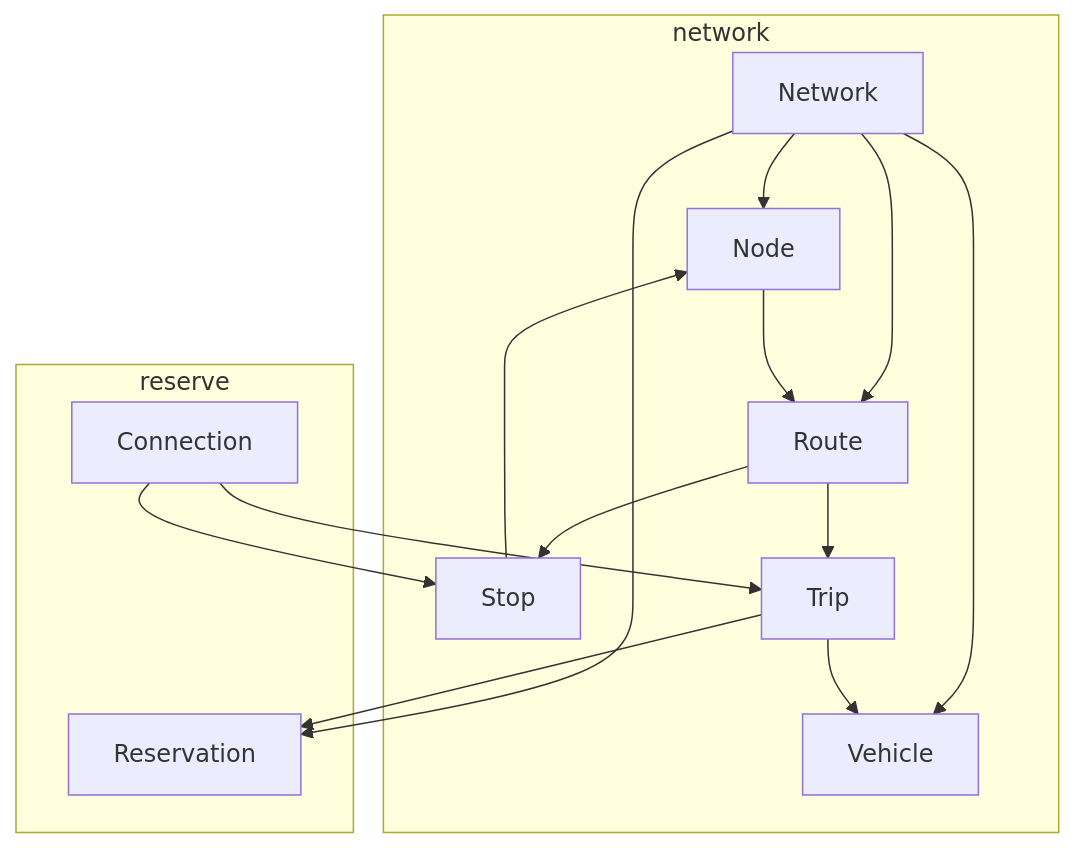
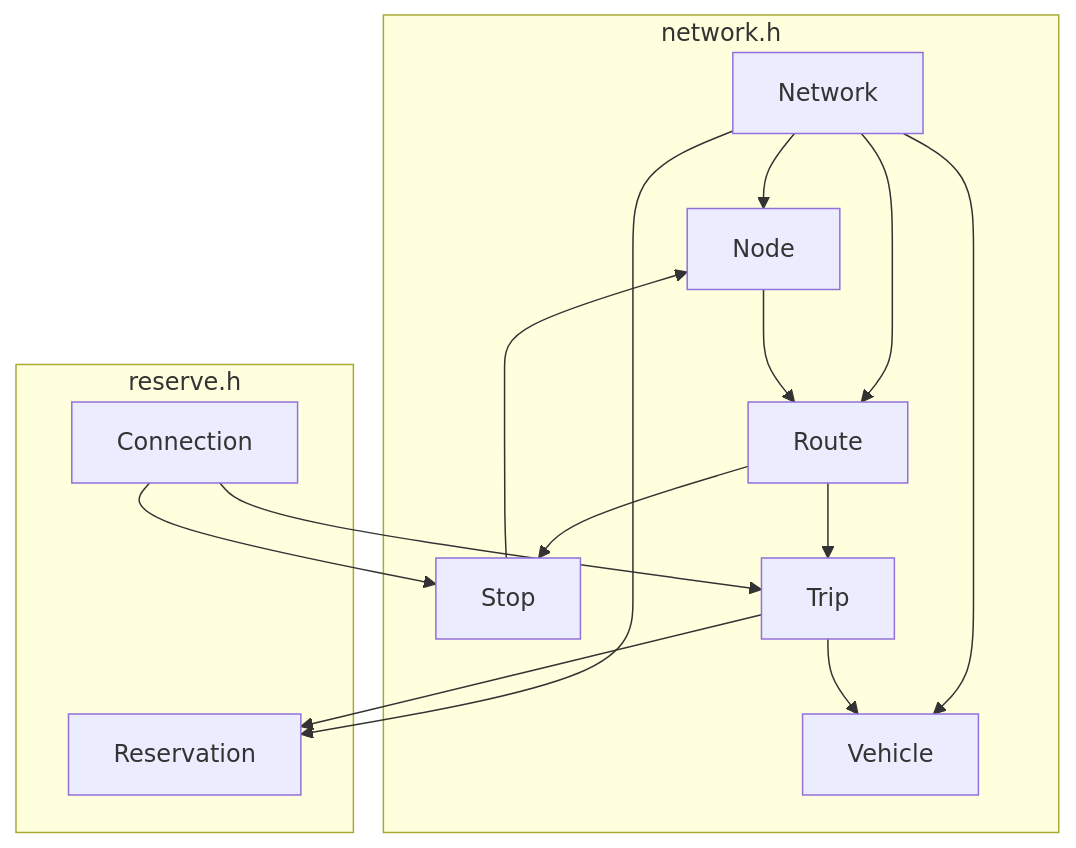
One commit to maptic/osurs changed the second of 2 diagrams in README.md. Above: the diagram before and after it, drawn with Mermaid.

````diff
--- a/README.md
+++ b/README.md
@@ -34,19 +34,19 @@
 ```mermaid
 graph TD;
-  subgraph network;
+  subgraph network.h;
     Network-->Node;
     Network-->Route;
     Network-->Vehicle;
     Route-->Stop;
     Route-->Trip;
     Node-->Route;
     Stop-->Node;
     Trip-->Vehicle;
   end;
-  subgraph reserve;
+  subgraph reserve.h;
     Network-->Reservation;
     Trip-->Reservation;
     Connection-->Stop;
     Connection-->Trip;
   end
 ```
````
